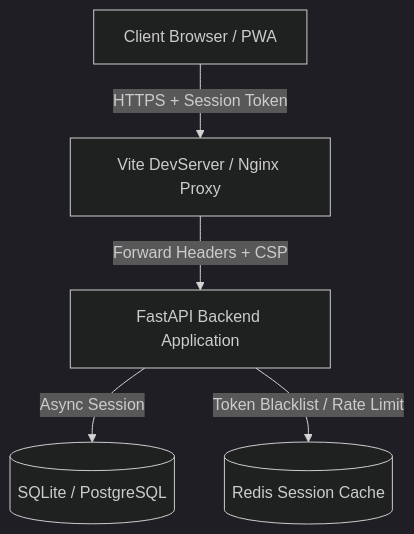
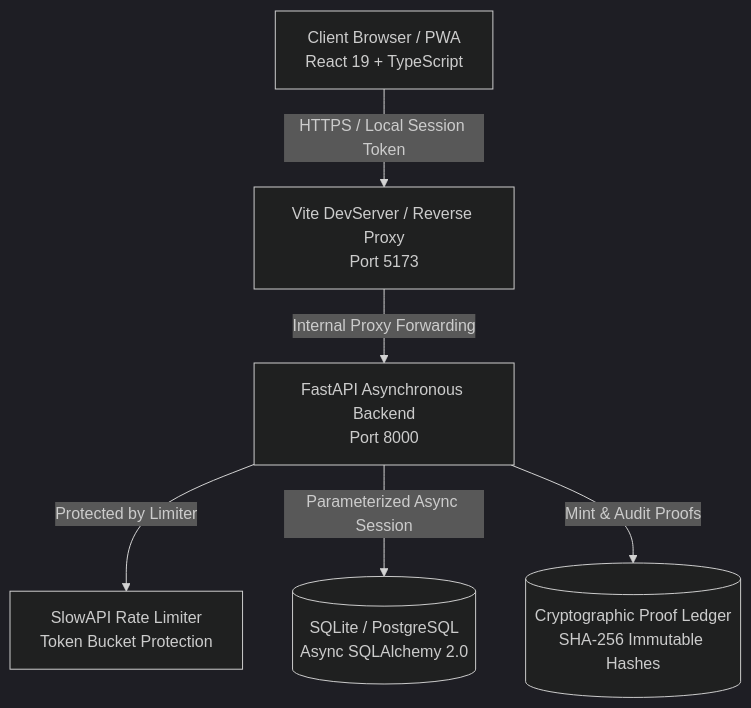
Before and after one commit to Rishisharma029/campusOS: the diagram in SECURITY.md, drawn with Mermaid (dark theme). The commit also changed other lines of this file and 54 other files, not shown here.

````diff
--- a/SECURITY.md
+++ b/SECURITY.md
@@ -11,13 +11,15 @@
 ```mermaid
 graph TD
-    Client[Client Browser / PWA]
-    Gateway[Vite DevServer / Nginx Proxy]
-    API[FastAPI Backend Application]
-    DB[(SQLite / PostgreSQL)]
-    Cache[(Redis Session Cache)]
+    Client[Client Browser / PWA<br/>React 19 + TypeScript]
+    Proxy[Vite DevServer / Reverse Proxy<br/>Port 5173]
+    API[FastAPI Asynchronous Backend<br/>Port 8000]
+    DB[(SQLite / PostgreSQL<br/>Async SQLAlchemy 2.0)]
+    ProofLedger[(Cryptographic Proof Ledger<br/>SHA-256 Immutable Hashes)]
+    Limiter[SlowAPI Rate Limiter<br/>Token Bucket Protection]
 
-    Client -->|HTTPS + Session Token| Gateway
-    Gateway -->|Forward Headers + CSP| API
-    API -->|Async Session| DB
-    API -->|Token Blacklist / Rate Limit| Cache
+    Client -->|HTTPS / Local Session Token| Proxy
+    Proxy -->|Internal Proxy Forwarding| API
+    API -->|Protected by Limiter| Limiter
+    API -->|Parameterized Async Session| DB
+    API -->|Mint & Audit Proofs| ProofLedger
 ```
````
